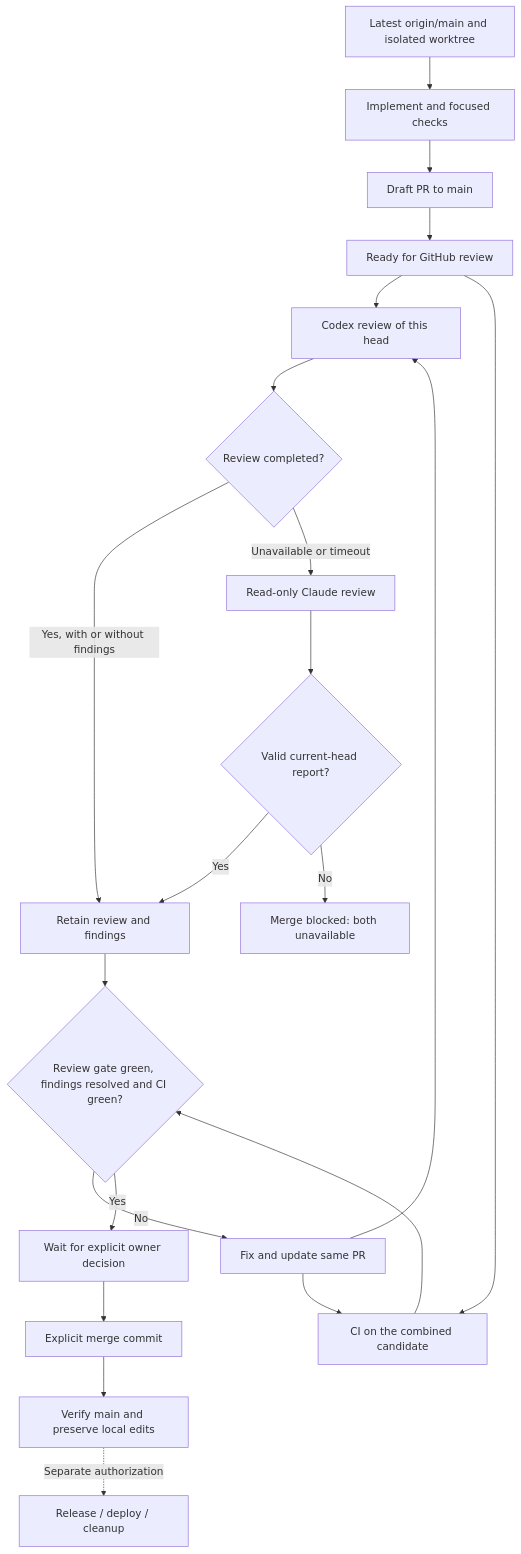
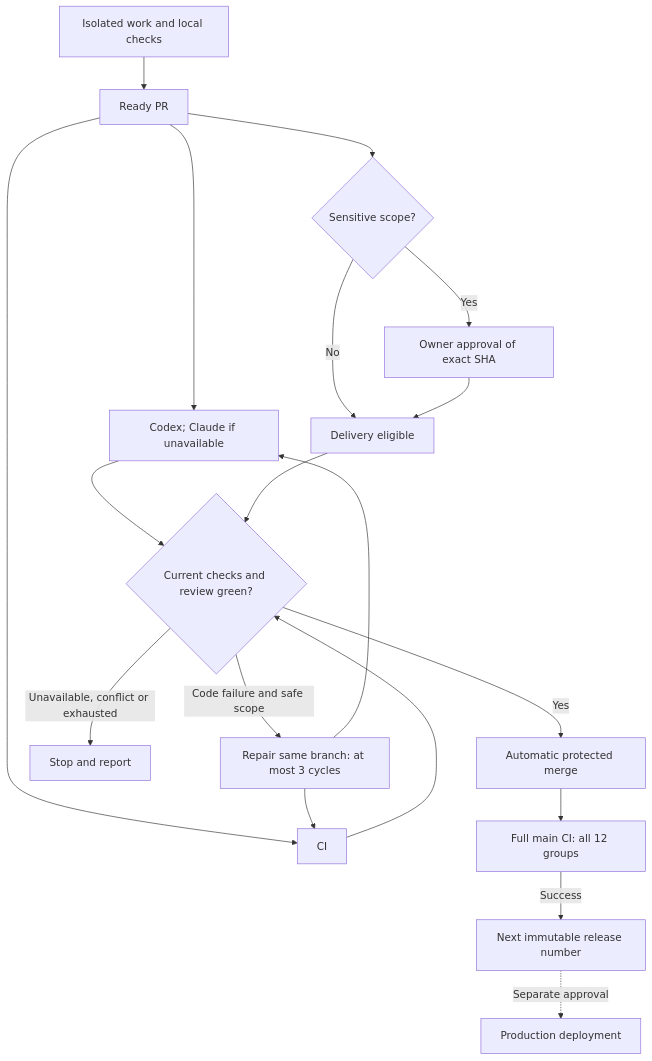
The diagram in docs/agents/integration-rules.md (tariiq222/liwan), drawn with Mermaid before and after one commit. The commit also changed other lines of this file and 22 other files, not shown here.

````diff
--- a/docs/agents/integration-rules.md
+++ b/docs/agents/integration-rules.md
@@ -144,23 +146,21 @@
 ```mermaid
 flowchart TD
-    A[Latest origin/main and isolated worktree] --> B[Implement and focused checks]
-    B --> C[Draft PR to main]
-    C --> D[Ready for GitHub review]
-    D --> E[Codex review of this head]
-    D --> F[CI on the combined candidate]
-    E --> G{Review completed?}
-    G -->|Yes, with or without findings| H[Retain review and findings]
-    G -->|Unavailable or timeout| I[Read-only Claude review]
-    I --> J{Valid current-head report?}
-    J -->|Yes| H
-    J -->|No| K[Merge blocked: both unavailable]
-    H --> L{Review gate green, findings resolved and CI green?}
-    F --> L
-    L -->|No| M[Fix and update same PR]
-    M --> E
-    M --> F
-    L -->|Yes| N[Wait for explicit owner decision]
-    N --> O[Explicit merge commit]
-    O --> P[Verify main and preserve local edits]
-    P -. Separate authorization .-> Q[Release / deploy / cleanup]
+    A[Isolated work and local checks] --> B[Ready PR]
+    B --> C[Codex; Claude if unavailable]
+    B --> D[CI]
+    B --> E{Sensitive scope?}
+    E -->|Yes| F[Owner approval of exact SHA]
+    E -->|No| G[Delivery eligible]
+    F --> G
+    C --> H{Current checks and review green?}
+    D --> H
+    G --> H
+    H -->|Code failure and safe scope| I[Repair same branch: at most 3 cycles]
+    I --> C
+    I --> D
+    H -->|Unavailable, conflict or exhausted| J[Stop and report]
+    H -->|Yes| K[Automatic protected merge]
+    K --> L[Full main CI: all 12 groups]
+    L -->|Success| M[Next immutable release number]
+    M -. Separate approval .-> N[Production deployment]
 ```
````
